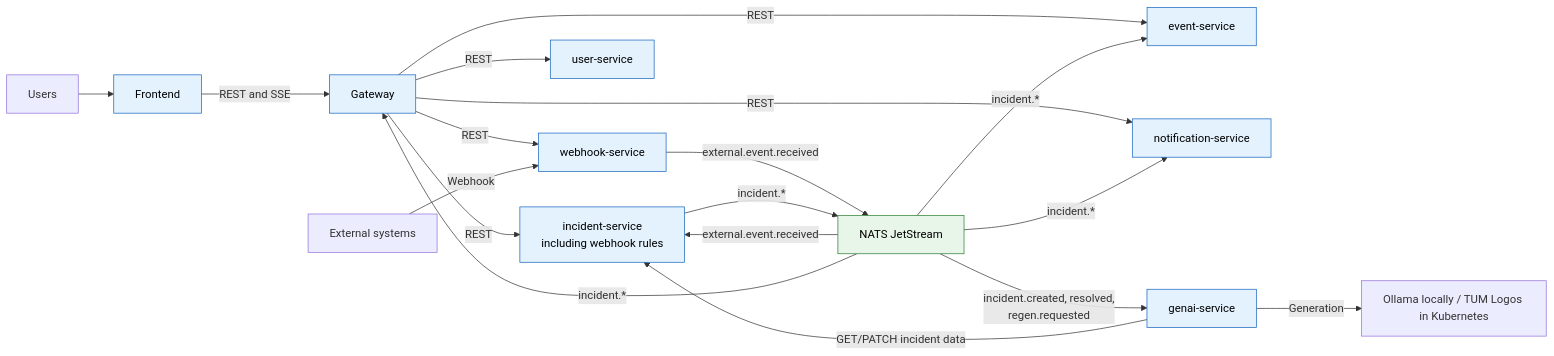
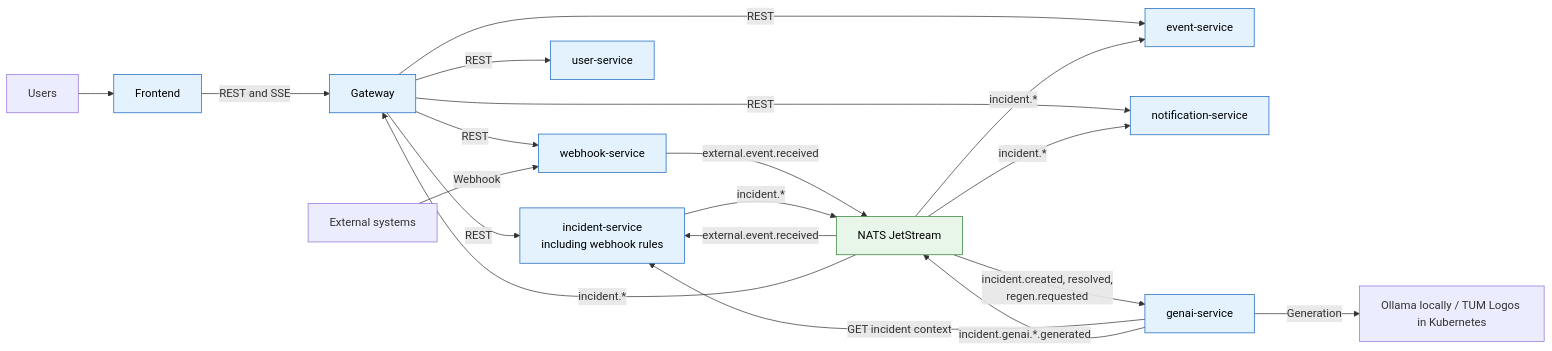
The diagram in README.md (AET-DevOps26/team-panic-at-the-console), drawn with Mermaid before and after one commit. The commit also changed other lines of this file and 1 other file, not shown here.

````diff
--- a/README.md
+++ b/README.md
@@ -73,28 +83,29 @@
 ```mermaid
 flowchart LR
     user["Users"] --> frontend["Frontend"]
     frontend -->|REST and SSE| gateway["Gateway"]
 
     gateway -->|REST| incident["incident-service<br/>including webhook rules"]
     gateway -->|REST| events["event-service"]
     gateway -->|REST| users["user-service"]
     gateway -->|REST| notifications["notification-service"]
     gateway -->|REST| webhooks["webhook-service"]
 
     external["External systems"] -->|Webhook| webhooks
     webhooks -->|external.event.received| nats["NATS JetStream"]
     nats -->|external.event.received| incident
     incident -->|incident.*| nats
 
     nats -->|incident.*| events
     nats -->|incident.*| notifications
     nats -->|incident.created, resolved,<br/>regen.requested| genai["genai-service"]
     nats -->|incident.*| gateway
-    genai -->|GET/PATCH incident data| incident
+    genai -->|GET incident context| incident
+    genai -->|incident.genai.*.generated| nats
     genai -->|Generation| llm["Ollama locally / TUM Logos in Kubernetes"]
 
     classDef app fill:#e3f2fd,stroke:#1565c0,color:#000
     classDef bus fill:#e8f5e9,stroke:#2e7d32,color:#000
     class frontend,gateway,incident,events,users,notifications,webhooks,genai app
     class nats bus
 ```
````
